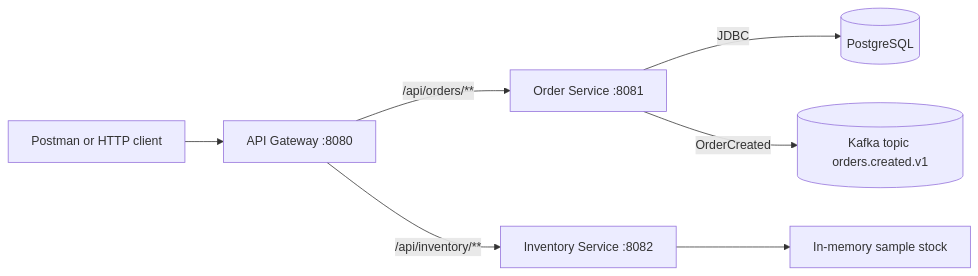
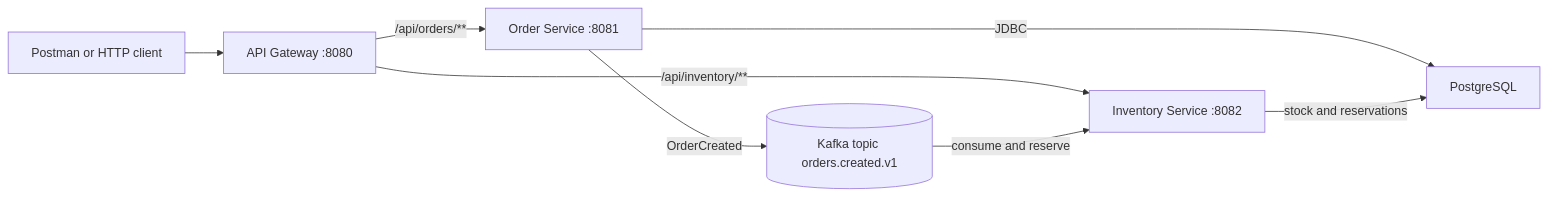
One commit to XYZcoderr/shopsphere-backend changed the diagram in README.md. Above: the diagram before and after it, drawn with Mermaid. The commit also changed other lines of this file and 21 other files, not shown here.

First line of the commit message:
Add Kafka-driven inventory reservations

````diff
--- a/README.md
+++ b/README.md
@@ -30,9 +31,10 @@
 ```mermaid
 flowchart LR
   Client[Postman or HTTP client] --> Gateway[API Gateway :8080]
   Gateway -->|/api/orders/**| Orders[Order Service :8081]
   Gateway -->|/api/inventory/**| Inventory[Inventory Service :8082]
-  Orders -->|JDBC| PostgreSQL[(PostgreSQL)]
   Orders -->|OrderCreated| Kafka[(Kafka topic orders.created.v1)]
-  Inventory --> Stock[In-memory sample stock]
+  Kafka -->|consume and reserve| Inventory
+  Orders -->|JDBC| PostgreSQL
+  Inventory -->|stock and reservations| PostgreSQL
 ```
````
